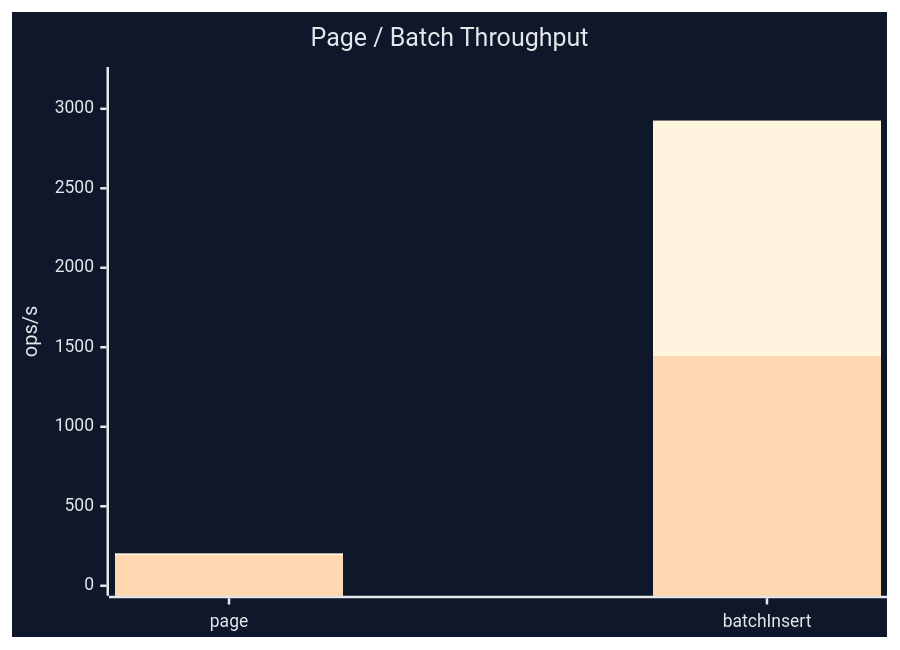
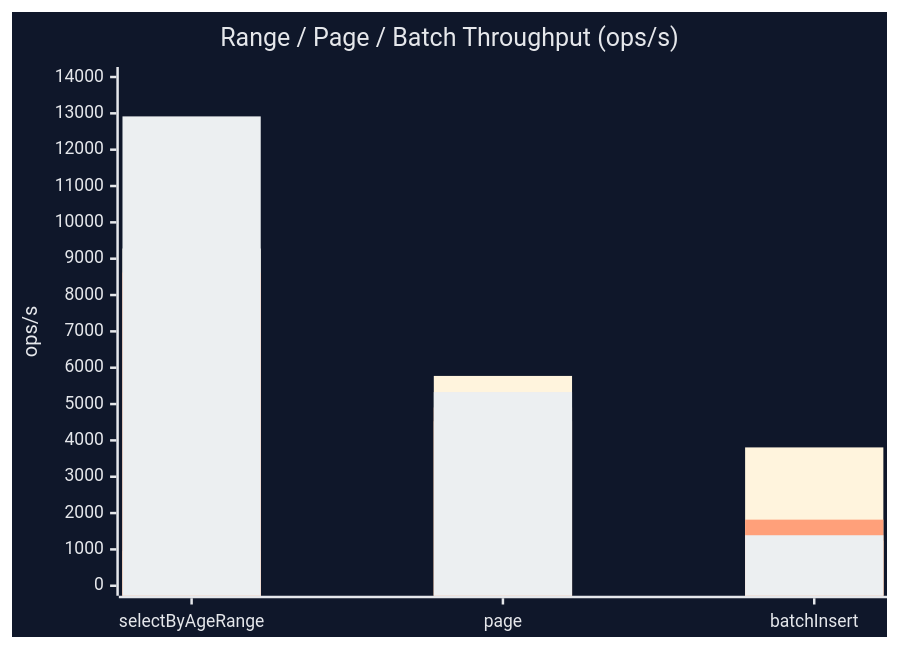
The second of 2 diagrams in README.md (nicleo779/kora), drawn with Mermaid before and after one commit. The commit also changed other lines of this file and 9 other files, not shown here.

````diff
--- a/README.md
+++ b/README.md
@@ -542,9 +547,11 @@
 ```mermaid
 %%{init: {"theme":"base","themeVariables":{"background":"#0f172a","primaryColor":"#2563eb","secondaryColor":"#f97316","tertiaryColor":"#22c55e","primaryTextColor":"#e5e7eb","secondaryTextColor":"#e5e7eb","tertiaryTextColor":"#e5e7eb","lineColor":"#94a3b8","textColor":"#e5e7eb","mainBkg":"#0f172a","fontFamily":"ui-sans-serif"}}}%%
 xychart-beta
-    title "Page / Batch Throughput"
-    x-axis ["page", "batchInsert"]
-    y-axis "ops/s" 0 --> 3200
-    bar [204, 2926]
-    bar [192, 1445]
+    title "Range / Page / Batch Throughput (ops/s)"
+    x-axis ["selectByAgeRange", "page", "batchInsert"]
+    y-axis "ops/s" 0 --> 14000
+    bar [9280, 5774, 3807]
+    bar [954, 4527, 1240]
+    bar [8620, 4907, 1819]
+    bar [12916, 5330, 1390]
 ```
````
